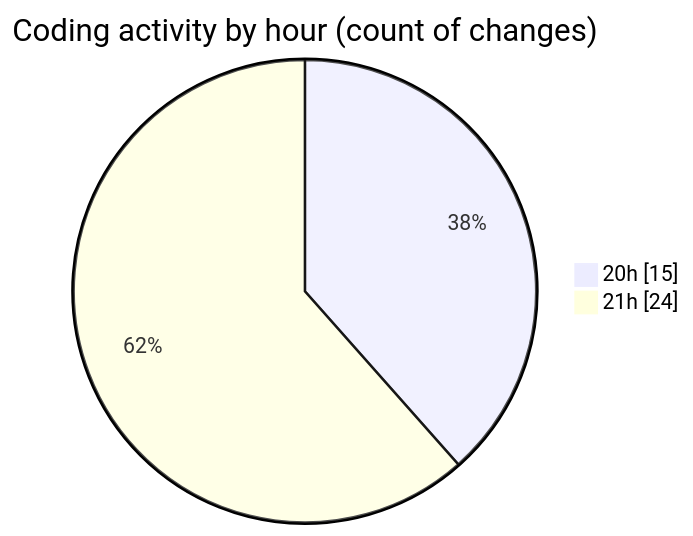
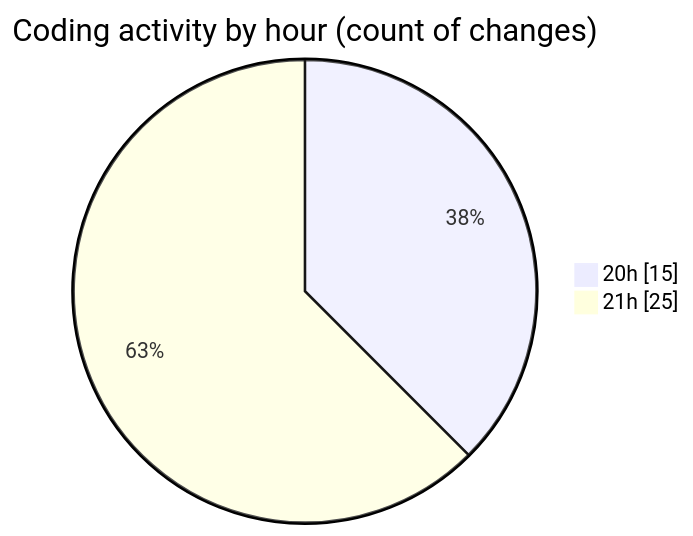
Before and after one commit to Netris89/code-tracking: the second of 2 diagrams in 2025-05-02/date/README.md, drawn with Mermaid. The commit also changed other lines of this file and 1 other file, not shown here.

````diff
--- a/2025-05-02/date/README.md
+++ b/2025-05-02/date/README.md
@@ -36,6 +36,6 @@
 ```mermaid
 pie showData
 title Coding activity by hour (count of changes)
 "20h" : 15
-"21h" : 24
+"21h" : 25
 ```
````
